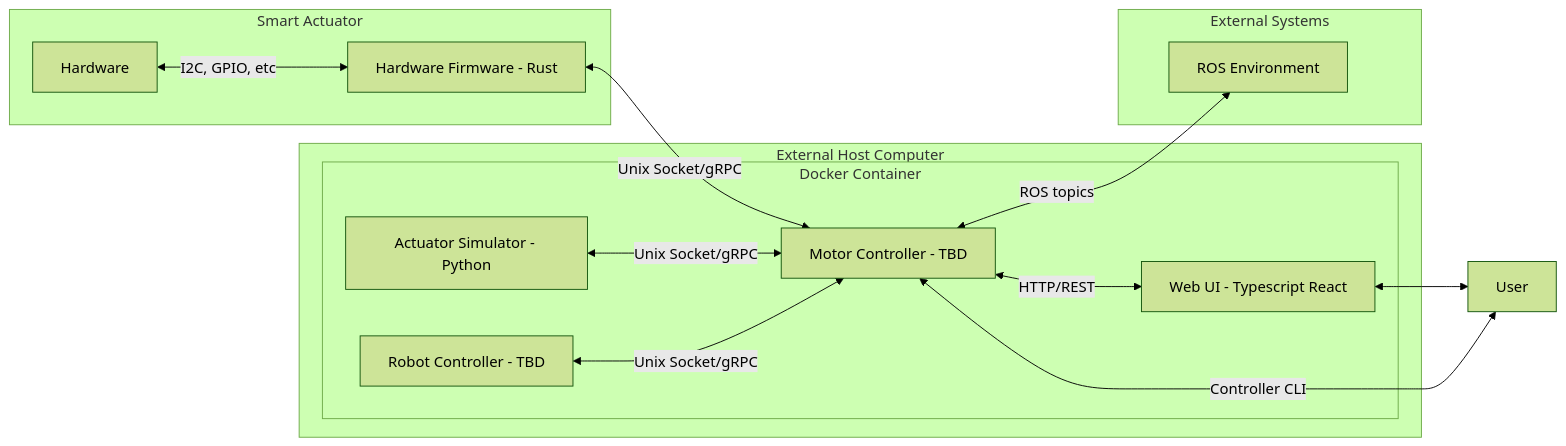
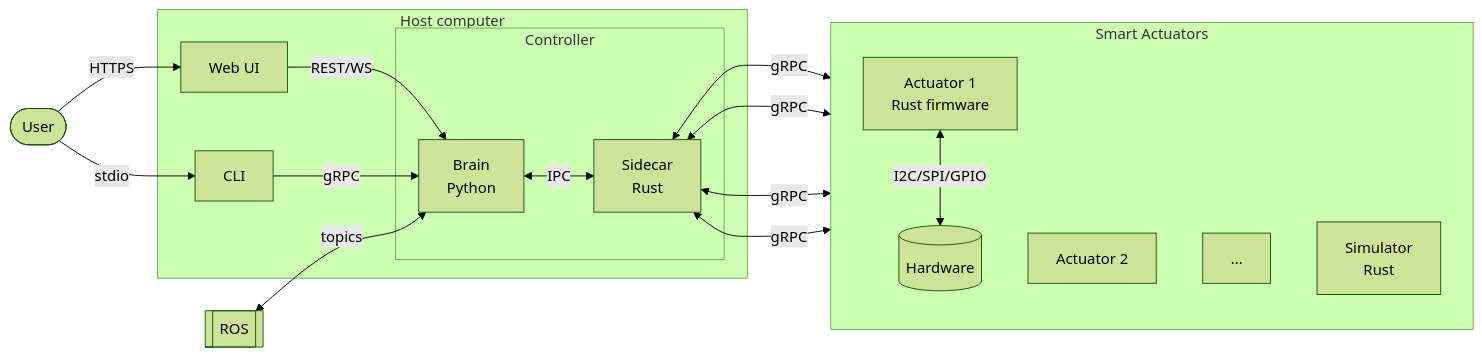
Before and after one commit to ambientlabscomputing/smart-actuator: the diagram in RFDs/RFD-3.md, drawn with Mermaid (forest theme). The commit also changed other lines of this file and 1 other file, not shown here.

Commit message:
zoning in the architecture

````diff
--- a/RFDs/RFD-3.md
+++ b/RFDs/RFD-3.md
@@ -3,31 +5,37 @@
 ```mermaid
 flowchart LR
-    subgraph Smart Actuator
-        HW[Hardware]
-        HF[Hardware Firmware - Rust]
-    end
+    U([User])
+    ROS[[ROS]]
 
-    subgraph External Host Computer
-        subgraph Docker Container
-            AS[Actuator Simulator - Python]
-            MC[Motor Controller - TBD]
-            WUI[Web UI - Typescript React]
-            RC[Robot Controller - TBD]
+    subgraph Host[Host computer]
+        WUI[Web UI]
+        CLI[CLI]
+        subgraph CTRL[Controller]
+            BRAIN[Brain<br/>Python]
+            SIDE[Sidecar<br/>Rust]
         end
     end
 
-    subgraph External Systems
-        ROS[ROS Environment]
+    subgraph Actuators[Smart Actuators]
+        direction TB
+        SA1[Actuator 1<br/>Rust firmware]
+        SA2[Actuator 2]
+        SAN[...]
+        SIM[Simulator<br/>Rust]
+        HW[(Hardware)]
     end
 
-    U[User]
+    U -->|HTTPS| WUI
+    U -->|stdio| CLI
+    WUI -->|REST/WS| BRAIN
+    CLI -->|gRPC| BRAIN
+    ROS <-->|topics| BRAIN
 
-    HW <-->|I2C, GPIO, etc| HF
-    HF <-->|Unix Socket/gRPC| MC
-    AS <-->|Unix Socket/gRPC| MC
-    RC <-->|Unix Socket/gRPC| MC
-    MC <-->|HTTP/REST| WUI
-    WUI <--> U
-    MC <-->|Controller CLI| U
-    MC <-->|ROS topics| ROS
+    BRAIN <-->|IPC| SIDE
+    SIDE <-->|gRPC| SA1
+    SIDE <-->|gRPC| SA2
+    SIDE <-->|gRPC| SAN
+    SIDE <-->|gRPC| SIM
+
+    SA1 <-->|I2C/SPI/GPIO| HW
 ```
````
